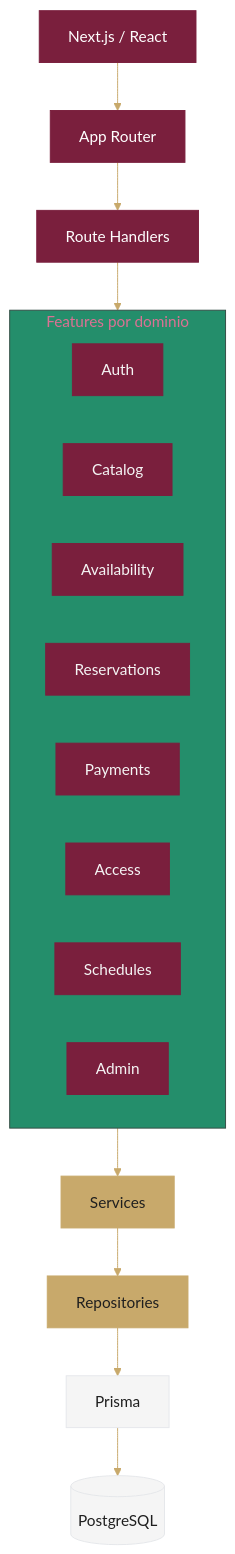
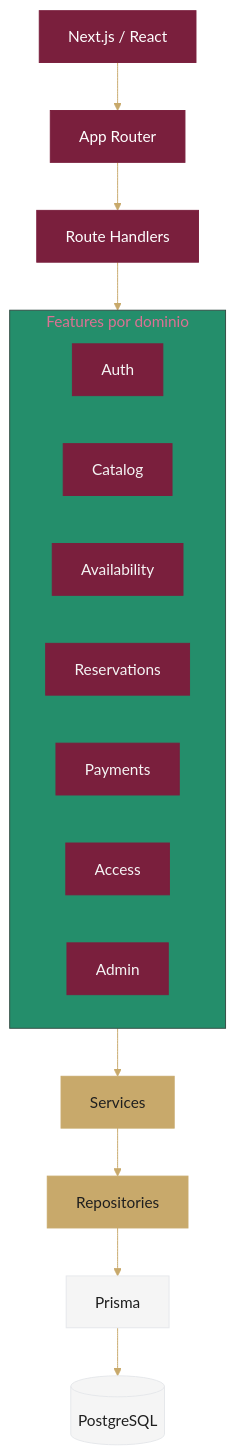
One commit to LaoraSad/omegaComplex changed the second of 8 diagrams in README.md. Above: the diagram before and after it, drawn with Mermaid. The commit also changed other lines of this file and 6 other files, not shown here.

First line of the commit message:
docs(mvp): README al dia, diagrama ER y plan con avance real

````diff
--- a/README.md
+++ b/README.md
@@ -169,31 +170,30 @@
 ```mermaid
 %%{init: {'theme':'base','themeVariables':{'primaryColor':'#7A1F3D','primaryTextColor':'#F5F5F5','primaryBorderColor':'#7A1F3D','lineColor':'#C8A96B'}}}%%
 flowchart TB
     UI["Next.js / React"] --> Routes["App Router"]
     Routes --> API["Route Handlers"]
 
     subgraph Features["Features por dominio"]
         direction LR
         Auth["Auth"]
         Catalog["Catalog"]
         Availability["Availability"]
         Reservations["Reservations"]
         Payments["Payments"]
         Access["Access"]
-        Schedules["Schedules"]
         Admin["Admin"]
     end
 
     API --> Features
     Features --> Services["Services"]
     Services --> Repositories["Repositories"]
     Repositories --> Prisma["Prisma"]
     Prisma --> DB[("PostgreSQL")]
 
     classDef main fill:#7A1F3D,color:#fff,stroke:#7A1F3D;
     classDef accent fill:#C8A96B,color:#1F1F1F,stroke:#C8A96B;
     classDef neutral fill:#F5F5F5,color:#1F1F1F,stroke:#E5E7EB;
     class UI,Routes,API main;
     class Services,Repositories accent;
     class Prisma,DB neutral;
 ```
````
